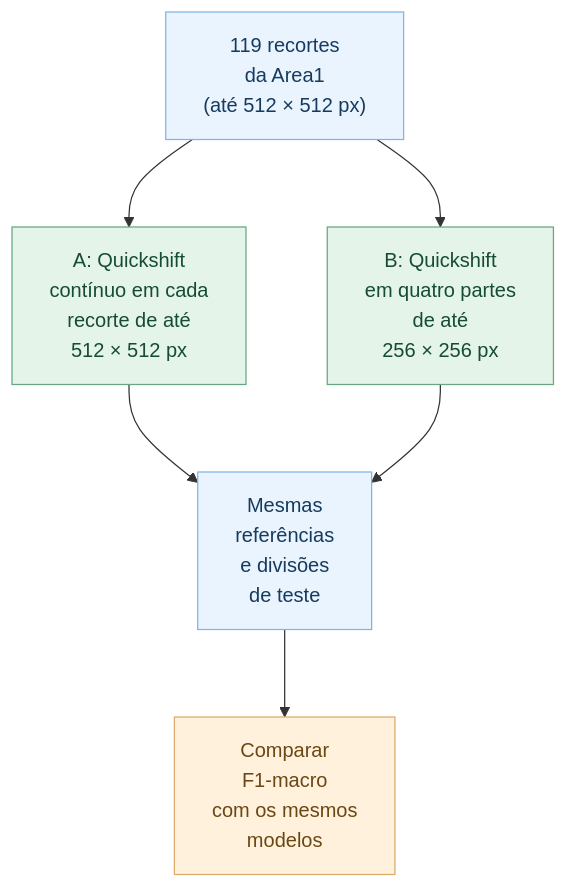
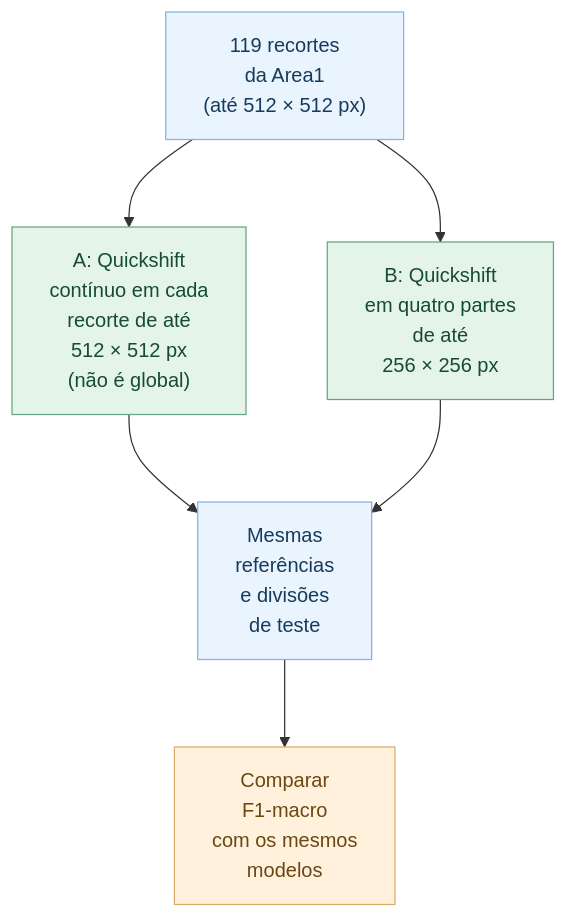
The third of 5 diagrams in README.md (BrenoBragaGalvao/mestrado-arvores-urbanas), drawn with Mermaid before and after one commit.

Commit message:
docs(readme): distinguish E9 continuous 512px windows from global Quickshift in Mermaid

````diff
--- a/README.md
+++ b/README.md
@@ -276,16 +276,16 @@
 ```mermaid
 %%{init: {"flowchart": {"nodeSpacing": 65, "rankSpacing": 70, "htmlLabels": false}, "themeVariables": {"fontFamily": "Arial, sans-serif", "fontSize": "16px"}}}%%
 flowchart TD
-    A["119 recortes<br/>da Area1<br/>(até 512 × 512 px)"] --> B["A: Quickshift<br/>contínuo em cada<br/>recorte de até<br/>512 × 512 px"]
+    A["119 recortes<br/>da Area1<br/>(até 512 × 512 px)"] --> B["A: Quickshift<br/>contínuo em cada<br/>recorte de até<br/>512 × 512 px<br/>(não é global)"]
     A --> C["B: Quickshift<br/>em quatro partes<br/>de até<br/>256 × 256 px"]
     B --> D["Mesmas<br/>referências<br/>e divisões<br/>de teste"]
     C --> D
     D --> E["Comparar<br/>F1-macro<br/>com os mesmos<br/>modelos"]
 
     classDef dados fill:#eaf4ff,stroke:#80b4e2,color:#163b5d;
     classDef metodo fill:#e4f4e8,stroke:#67a681,color:#164b35;
     classDef resultado fill:#fff1db,stroke:#dcab68,color:#6b4714;
     class A,D dados;
     class B,C metodo;
     class E resultado;
 ```
````
